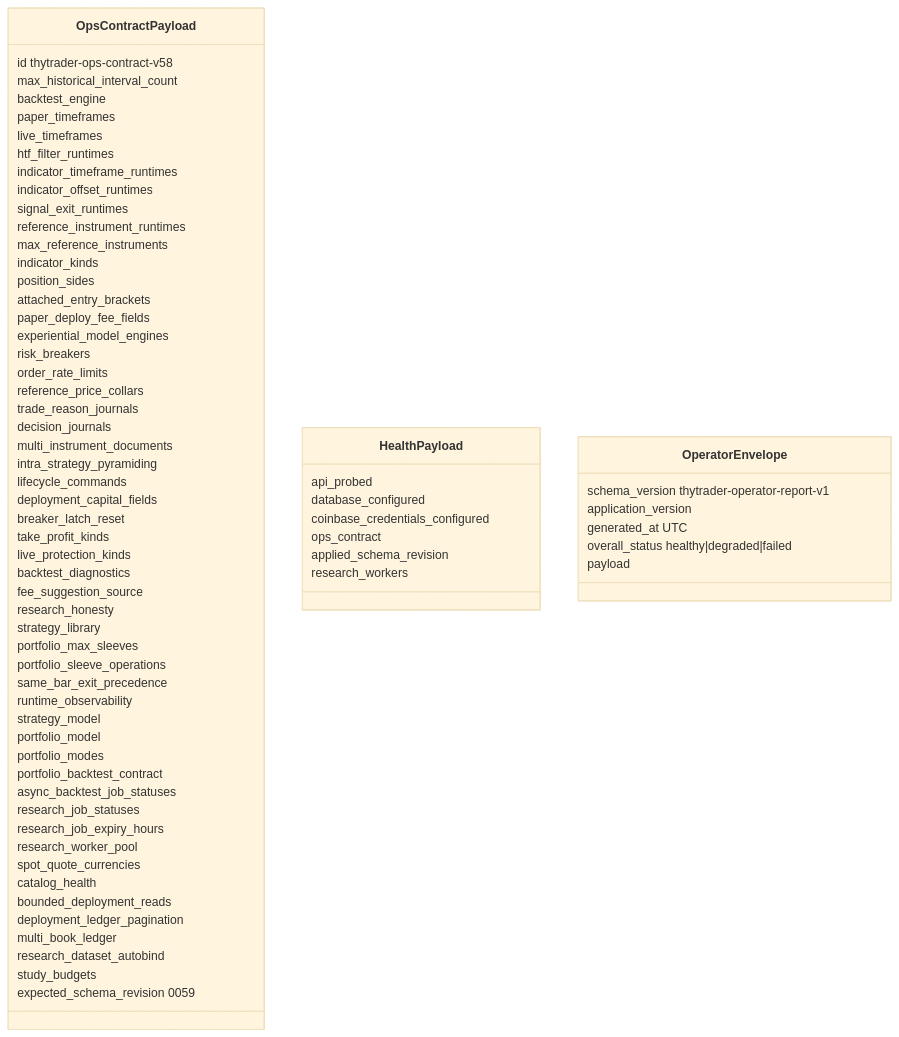
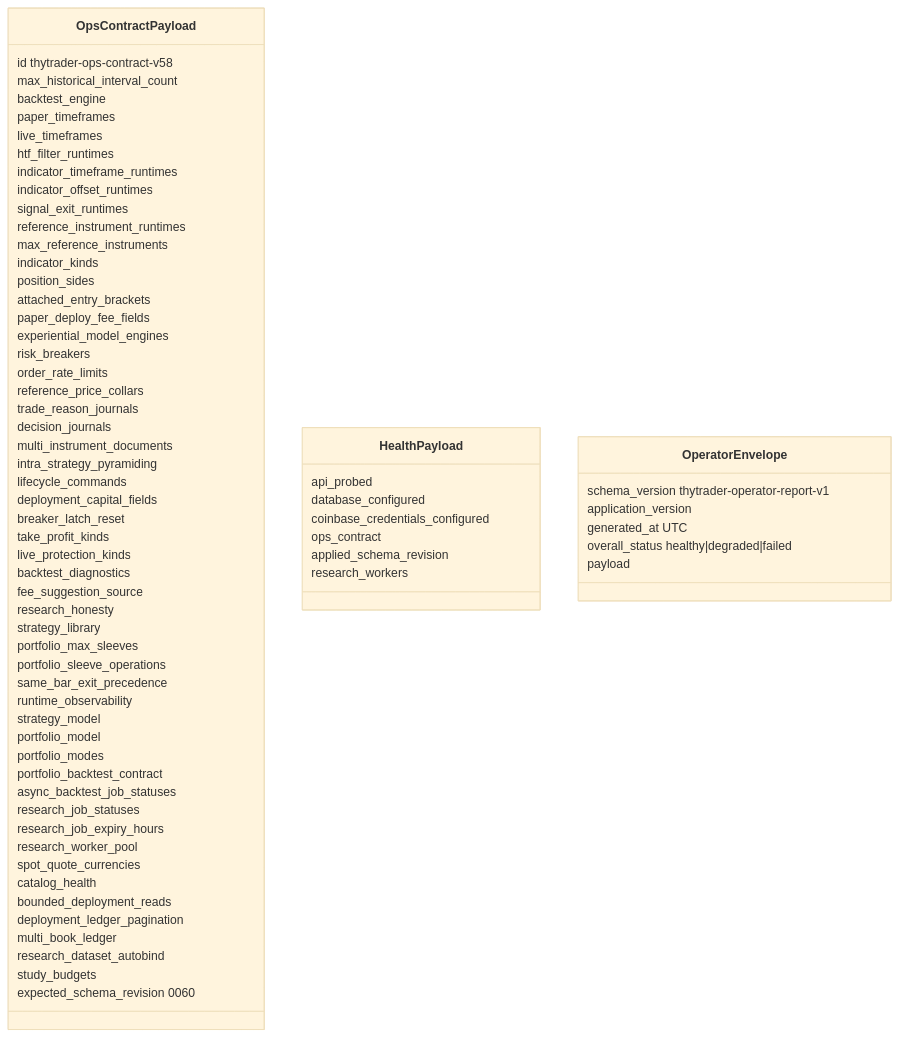
The diagram in docs/architecture/contracts/ops-contract.md (Zoltesh/thytrader), drawn with Mermaid (base theme) before and after one commit. The commit also changed other lines of this file and 44 other files, not shown here.

````diff
--- a/docs/architecture/contracts/ops-contract.md
+++ b/docs/architecture/contracts/ops-contract.md
@@ -71,72 +71,72 @@
 ```mermaid
 classDiagram
   class OpsContractPayload {
     id thytrader-ops-contract-v58
     max_historical_interval_count
     backtest_engine
     paper_timeframes
     live_timeframes
     htf_filter_runtimes
     indicator_timeframe_runtimes
     indicator_offset_runtimes
     signal_exit_runtimes
     reference_instrument_runtimes
     max_reference_instruments
     indicator_kinds
     position_sides
     attached_entry_brackets
     paper_deploy_fee_fields
     experiential_model_engines
     risk_breakers
     order_rate_limits
     reference_price_collars
     trade_reason_journals
     decision_journals
     multi_instrument_documents
     intra_strategy_pyramiding
     lifecycle_commands
     deployment_capital_fields
     breaker_latch_reset
     take_profit_kinds
     live_protection_kinds
     backtest_diagnostics
     fee_suggestion_source
     research_honesty
     strategy_library
     portfolio_max_sleeves
     portfolio_sleeve_operations
     same_bar_exit_precedence
     runtime_observability
     strategy_model
     portfolio_model
     portfolio_modes
     portfolio_backtest_contract
     async_backtest_job_statuses
     research_job_statuses
     research_job_expiry_hours
     research_worker_pool
     spot_quote_currencies
     catalog_health
     bounded_deployment_reads
     deployment_ledger_pagination
     multi_book_ledger
     research_dataset_autobind
     study_budgets
-    expected_schema_revision 0059
+    expected_schema_revision 0060
   }
   class HealthPayload {
     api_probed
     database_configured
     coinbase_credentials_configured
     ops_contract
     applied_schema_revision
     research_workers
   }
   class OperatorEnvelope {
     schema_version thytrader-operator-report-v1
     application_version
     generated_at UTC
     overall_status healthy|degraded|failed
     payload
   }
 ```
````
